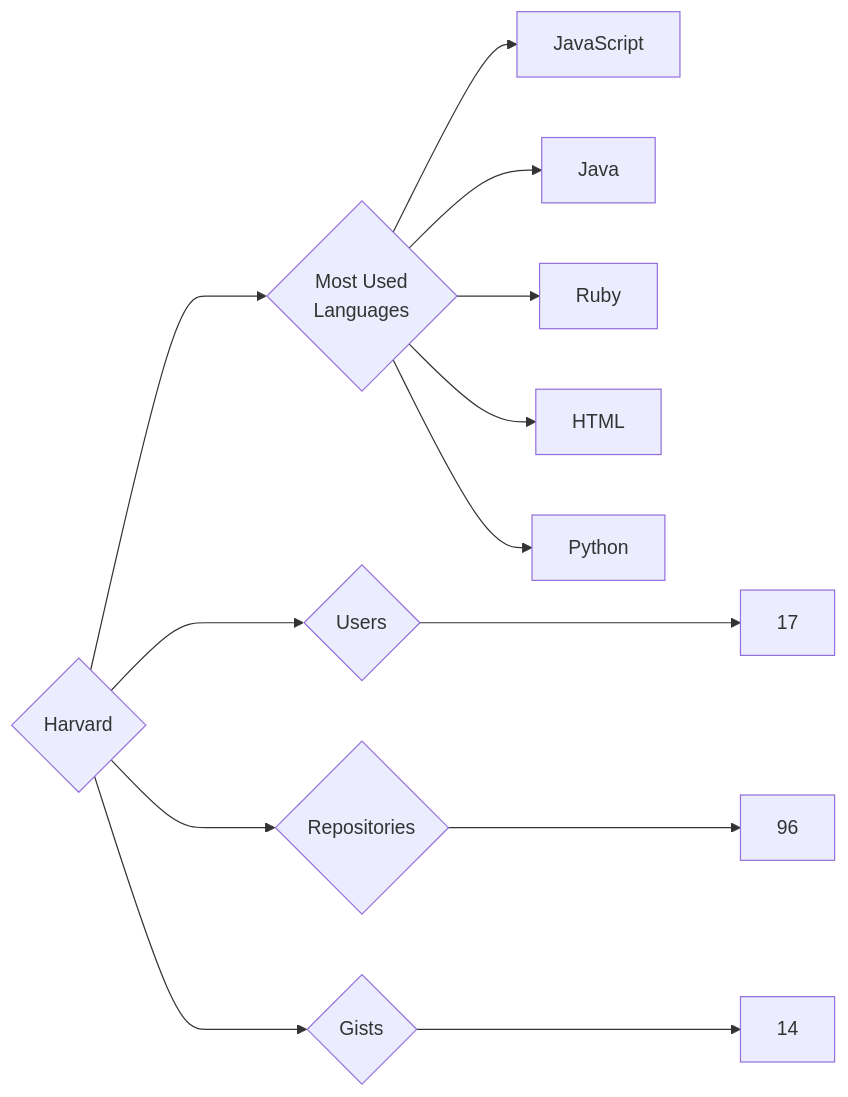
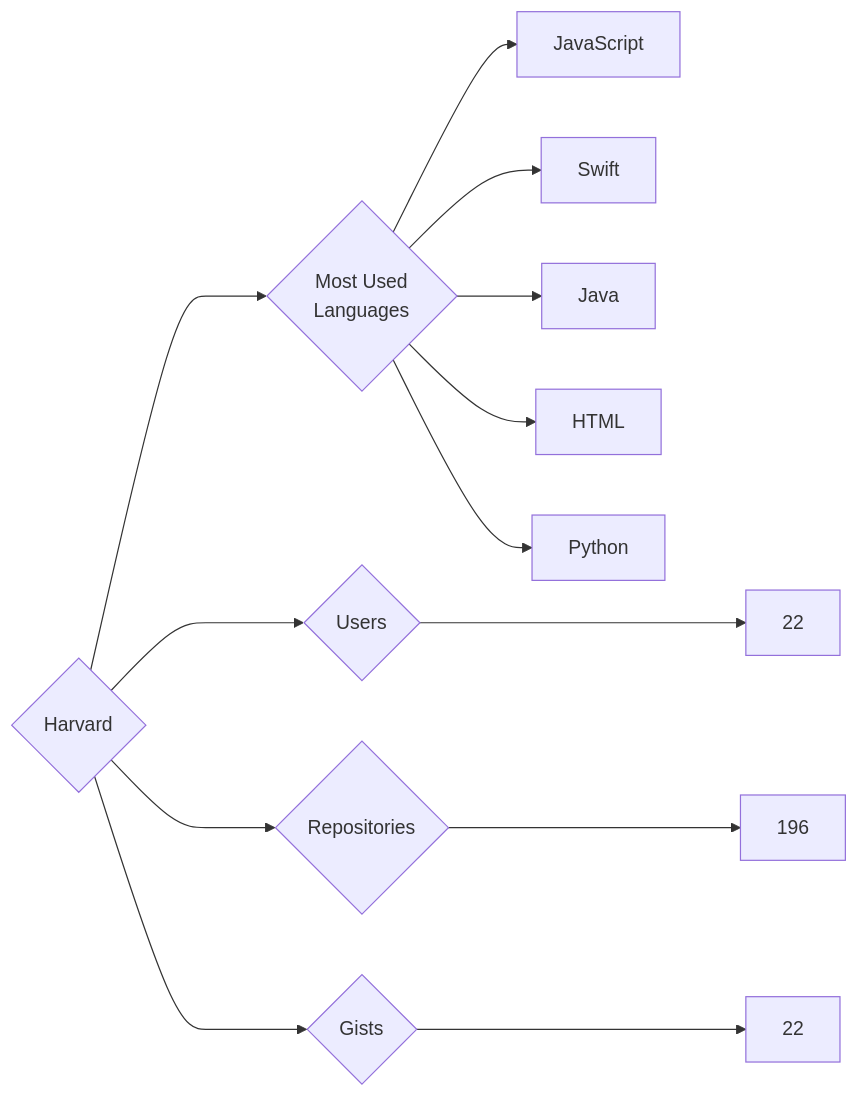
One commit to trickest/insiders changed the diagram in targets/Harvard/README.md. Above: the diagram before and after it, drawn with Mermaid. The commit also changed 914 other files, not shown here.

````diff
--- a/targets/Harvard/README.md
+++ b/targets/Harvard/README.md
@@ -3,13 +3,13 @@
 ```mermaid
 graph LR
 COMPANY_NAME{Harvard}
-COMPANY_NAME ---> U{Users} ---> UN[17]
-COMPANY_NAME ---> R{Repositories} ---> RN[96]
-COMPANY_NAME ---> G{Gists} ---> GN[14]
+COMPANY_NAME ---> U{Users} ---> UN[22]
+COMPANY_NAME ---> R{Repositories} ---> RN[196]
+COMPANY_NAME ---> G{Gists} ---> GN[22]
 COMPANY_NAME ---> ML{Most Used<br>Languages}
 ML --> JavaScript[JavaScript]
+ML --> Swift[Swift]
 ML --> Java[Java]
-ML --> Ruby[Ruby]
 ML --> HTML[HTML]
 ML --> Python[Python]
 ```
````
